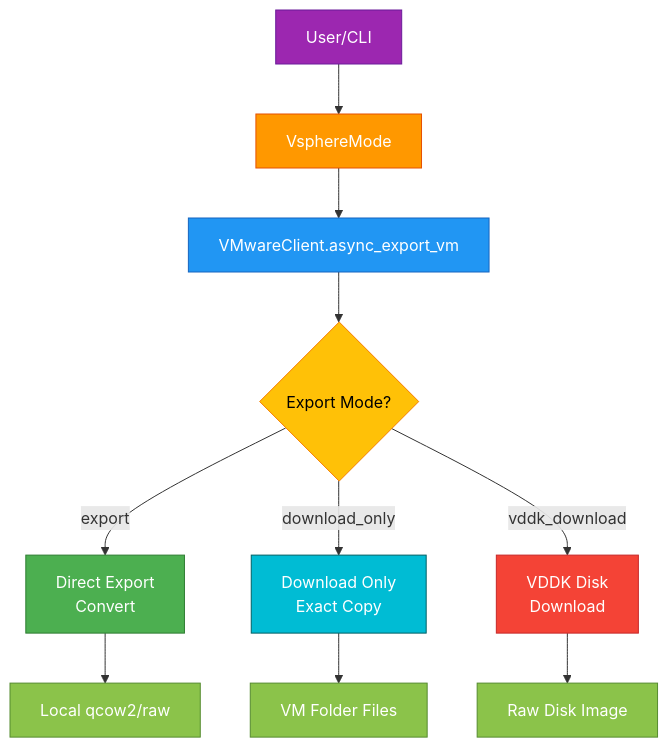
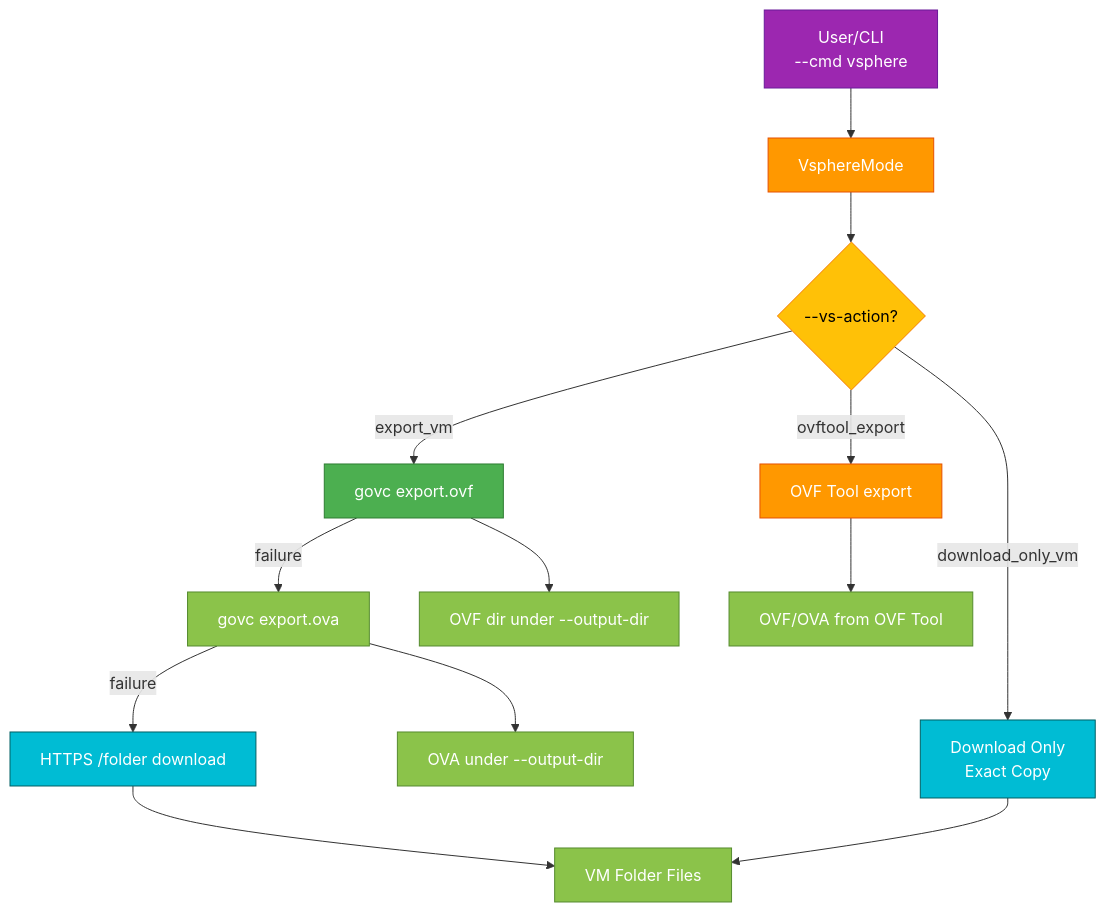
The third of 3 diagrams in docs/features/vsphere-design.md (zyvorai/h2kvm), drawn with Mermaid before and after one commit. The commit also changed other lines of this file and 94 other files, not shown here.

First line of the commit message:
Readme flow and fixer cleanup (#25)

````diff
--- a/docs/features/vsphere-design.md
+++ b/docs/features/vsphere-design.md
@@ -191,25 +195,30 @@
 ```mermaid
 flowchart TD
-    User[User/CLI] --> VsphereMode[VsphereMode]
-    VsphereMode --> AsyncExport[VMwareClient.async_export_vm]
-    AsyncExport --> ModeCheck{Export Mode?}
+    User[User/CLI<br/>--cmd vsphere] --> VsphereMode[VsphereMode]
+    VsphereMode --> ActionCheck{--vs-action?}
 
-    ModeCheck -->|export| ExportMode[Direct Export<br/>Convert]
-    ModeCheck -->|download_only| DownloadOnly[Download Only<br/>Exact Copy]
-    ModeCheck -->|vddk_download| VDDKDownload[VDDK Disk<br/>Download]
+    ActionCheck -->|export_vm| ExportChain[govc export.ovf]
+    ExportChain -->|failure| OvaChain[govc export.ova]
+    OvaChain -->|failure| HttpsFallback[HTTPS /folder download]
+    ActionCheck -->|ovftool_export| OvfTool[OVF Tool export]
+    ActionCheck -->|download_only_vm| DownloadOnly[Download Only<br/>Exact Copy]
 
-    ExportMode --> Output1[Local qcow2/raw]
-    DownloadOnly --> Output2[VM Folder Files]
-    VDDKDownload --> Output3[Raw Disk Image]
+    ExportChain --> Output1[OVF dir under --output-dir]
+    OvaChain --> Output2[OVA under --output-dir]
+    HttpsFallback --> Output3[VM Folder Files]
+    OvfTool --> Output4[OVF/OVA from OVF Tool]
+    DownloadOnly --> Output3
 
     style User fill:#9C27B0,stroke:#6A1B9A,color:#fff
     style VsphereMode fill:#FF9800,stroke:#E65100,color:#fff
-    style AsyncExport fill:#2196F3,stroke:#1565C0,color:#fff
-    style ModeCheck fill:#FFC107,stroke:#F57C00,color:#000
-    style ExportMode fill:#4CAF50,stroke:#2E7D32,color:#fff
+    style ActionCheck fill:#FFC107,stroke:#F57C00,color:#000
+    style ExportChain fill:#4CAF50,stroke:#2E7D32,color:#fff
+    style OvaChain fill:#8BC34A,stroke:#558B2F,color:#fff
+    style HttpsFallback fill:#00BCD4,stroke:#006064,color:#fff
+    style OvfTool fill:#FF9800,stroke:#E65100,color:#fff
     style DownloadOnly fill:#00BCD4,stroke:#006064,color:#fff
-    style VDDKDownload fill:#F44336,stroke:#C62828,color:#fff
     style Output1 fill:#8BC34A,stroke:#558B2F,color:#fff
     style Output2 fill:#8BC34A,stroke:#558B2F,color:#fff
     style Output3 fill:#8BC34A,stroke:#558B2F,color:#fff
+    style Output4 fill:#8BC34A,stroke:#558B2F,color:#fff
 ```
````
